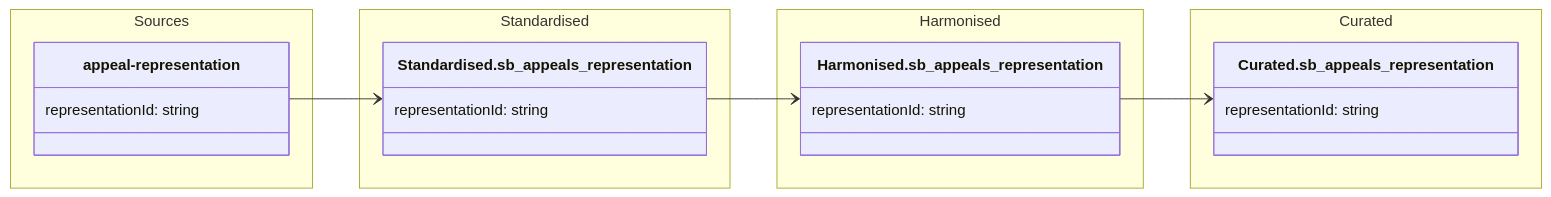
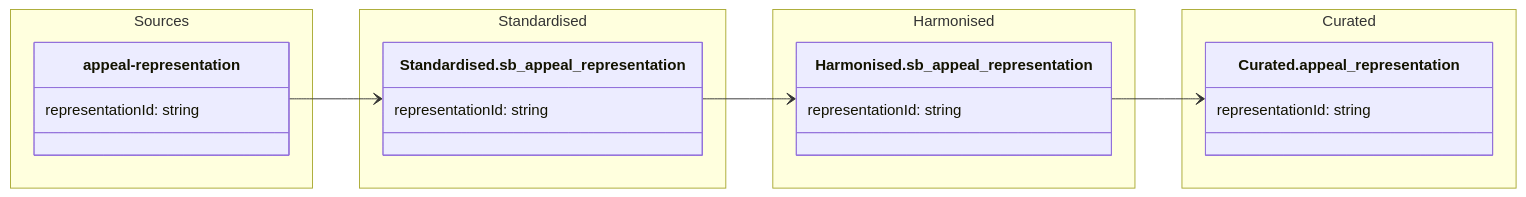
The diagram in data-models/appeal-representation.md (Planning-Inspectorate/odw-synapse-workspace), drawn with Mermaid before and after one commit.

````diff
--- a/data-models/appeal-representation.md
+++ b/data-models/appeal-representation.md
@@ -7,36 +7,36 @@
 ```mermaid
 
 classDiagram
 
     direction LR
 
     namespace Sources {
         class appeal-representation {
             representationId: string
         }
     }
     
     namespace Standardised {
-        class Standardised.sb_appeals_representation {
+        class Standardised.sb_appeal_representation {
             representationId: string
         }
     }
 
     namespace Harmonised {
-        class Harmonised.sb_appeals_representation {
+        class Harmonised.sb_appeal_representation {
             representationId: string
         }
     }
 
     namespace Curated {
-        class Curated.sb_appeals_representation {
+        class Curated.appeal_representation {
             representationId: string
         }
     }
 
-`appeal-representation` --> `Standardised.sb_appeals_representation`
-`Standardised.sb_appeals_representation` --> `Harmonised.sb_appeals_representation`
-`Harmonised.sb_appeals_representation` --> `Curated.sb_appeals_representation`
+`appeal-representation` --> `Standardised.sb_appeal_representation`
+`Standardised.sb_appeal_representation` --> `Harmonised.sb_appeal_representation`
+`Harmonised.sb_appeal_representation` --> `Curated.appeal_representation`
 
 
 ```
````
